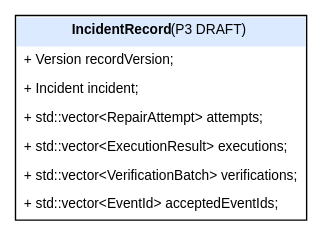
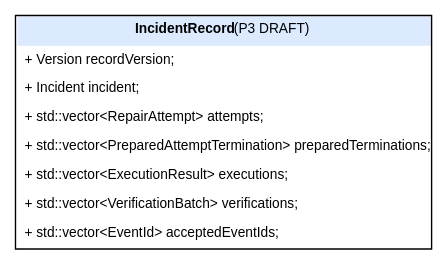
The diagram in docs/design-proposals/Rivive_Shield_UML_Proposal_P3/diagrams/IncidentRecord.dot (1UsamaShmasneh1/Rivive_Shield), drawn with Graphviz before and after one commit. The commit also changed 19 other files, not shown here.

```diff
--- a/docs/design-proposals/Rivive_Shield_UML_Proposal_P3/diagrams/IncidentRecord.dot
+++ b/docs/design-proposals/Rivive_Shield_UML_Proposal_P3/diagrams/IncidentRecord.dot
@@ -1,1 +1,1 @@
-digraph G { graph [bgcolor="white"]; node [shape=plain fontname="Arial" fontsize=10]; c [label=<<TABLE BORDER="1" CELLBORDER="0" CELLSPACING="0" CELLPADDING="5"><TR><TD BGCOLOR="#dbeafe"><B>IncidentRecord</B> (P3 DRAFT)</TD></TR><TR><TD ALIGN="LEFT">+ Version recordVersion;</TD></TR><TR><TD ALIGN="LEFT">+ Incident incident;</TD></TR><TR><TD ALIGN="LEFT">+ std::vector&lt;RepairAttempt&gt; attempts;</TD></TR><TR><TD ALIGN="LEFT">+ std::vector&lt;ExecutionResult&gt; executions;</TD></TR><TR><TD ALIGN="LEFT">+ std::vector&lt;VerificationBatch&gt; verifications;</TD></TR><TR><TD ALIGN="LEFT">+ std::vector&lt;EventId&gt; acceptedEventIds;</TD></TR></TABLE>>]; }
+digraph G { graph [bgcolor="white"]; node [shape=plain fontname="Arial" fontsize=10]; c [label=<<TABLE BORDER="1" CELLBORDER="0" CELLSPACING="0" CELLPADDING="5"><TR><TD BGCOLOR="#dbeafe"><B>IncidentRecord</B> (P3 DRAFT)</TD></TR><TR><TD ALIGN="LEFT">+ Version recordVersion;</TD></TR><TR><TD ALIGN="LEFT">+ Incident incident;</TD></TR><TR><TD ALIGN="LEFT">+ std::vector&lt;RepairAttempt&gt; attempts;</TD></TR><TR><TD ALIGN="LEFT">+ std::vector&lt;PreparedAttemptTermination&gt; preparedTerminations;</TD></TR><TR><TD ALIGN="LEFT">+ std::vector&lt;ExecutionResult&gt; executions;</TD></TR><TR><TD ALIGN="LEFT">+ std::vector&lt;VerificationBatch&gt; verifications;</TD></TR><TR><TD ALIGN="LEFT">+ std::vector&lt;EventId&gt; acceptedEventIds;</TD></TR></TABLE>>]; }
```
